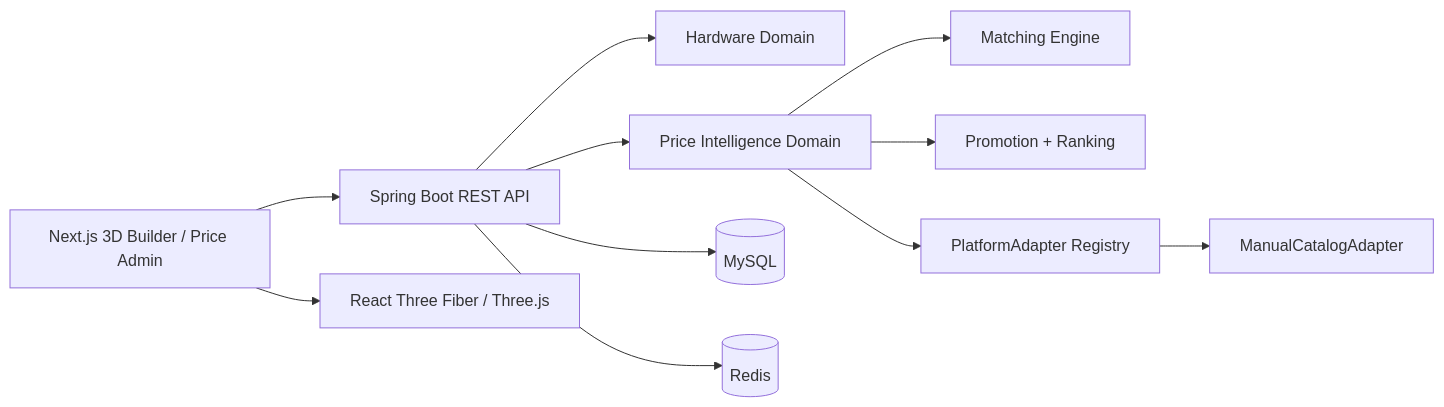
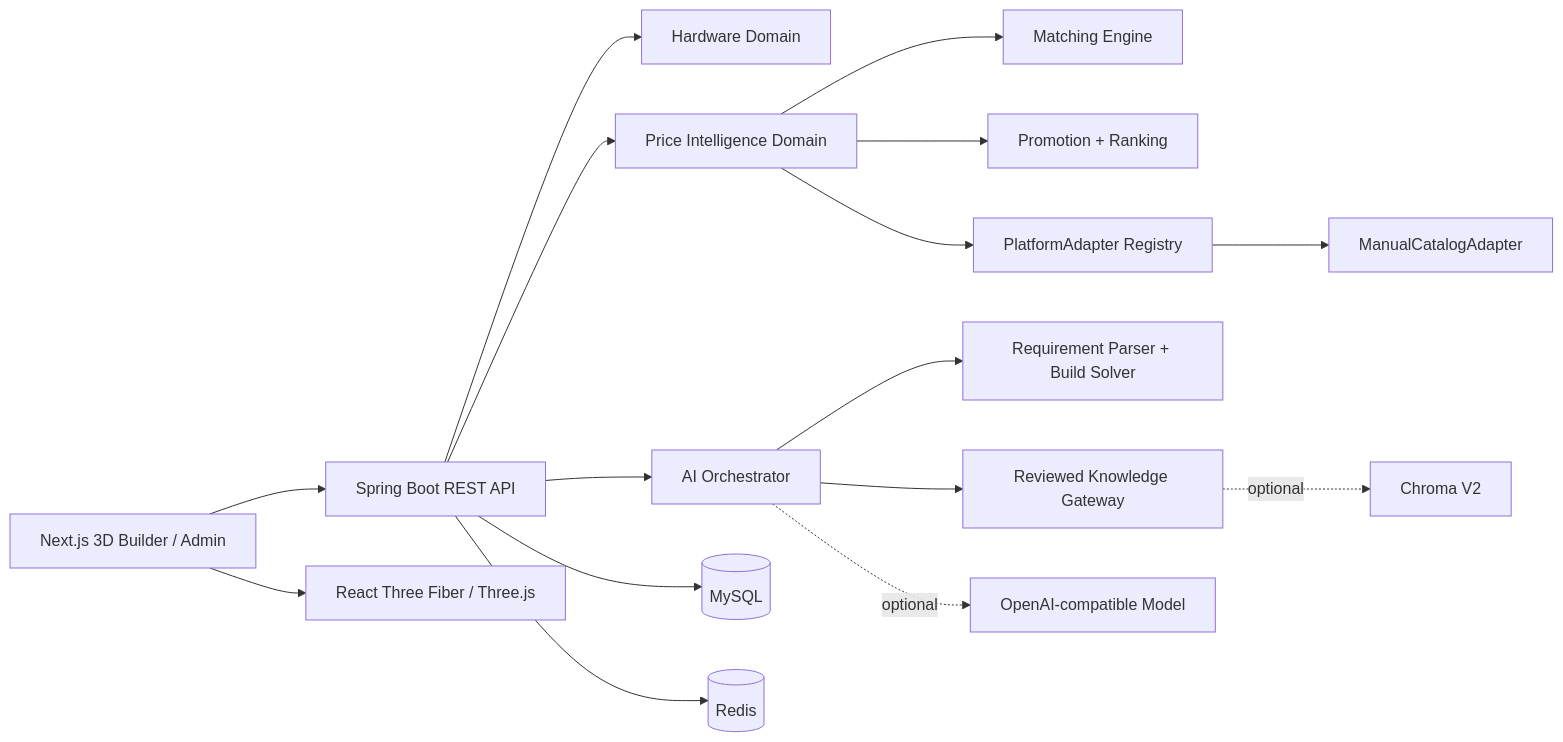
One commit to TONGTONG7720/computer-3d changed the diagram in README.md. Above: the diagram before and after it, drawn with Mermaid. The commit also changed other lines of this file and 4 other files, not shown here.

````diff
--- a/README.md
+++ b/README.md
@@ -27,13 +32,18 @@
 ```mermaid
 flowchart LR
-  UI["Next.js 3D Builder / Price Admin"] --> API["Spring Boot REST API"]
+  UI["Next.js 3D Builder / Admin"] --> API["Spring Boot REST API"]
   API --> HW["Hardware Domain"]
   API --> PRICE["Price Intelligence Domain"]
   PRICE --> MATCH["Matching Engine"]
   PRICE --> RANK["Promotion + Ranking"]
   PRICE --> ADAPTER["PlatformAdapter Registry"]
   ADAPTER --> MANUAL["ManualCatalogAdapter"]
+  API --> AI["AI Orchestrator"]
+  AI --> RULES["Requirement Parser + Build Solver"]
+  AI --> KNOWLEDGE["Reviewed Knowledge Gateway"]
+  AI -. optional .-> LLM["OpenAI-compatible Model"]
+  KNOWLEDGE -. optional .-> VECTOR["Chroma V2"]
   API --> DB[("MySQL")]
   API --> CACHE[("Redis")]
   UI --> THREE["React Three Fiber / Three.js"]
 ```
````
